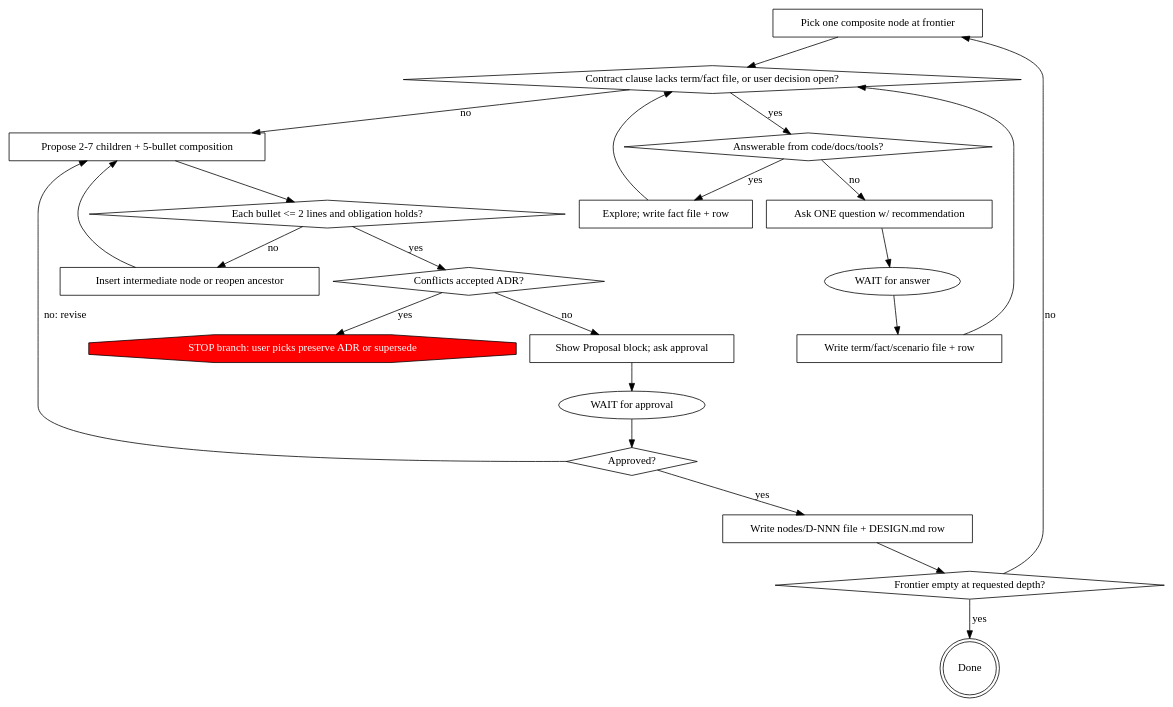
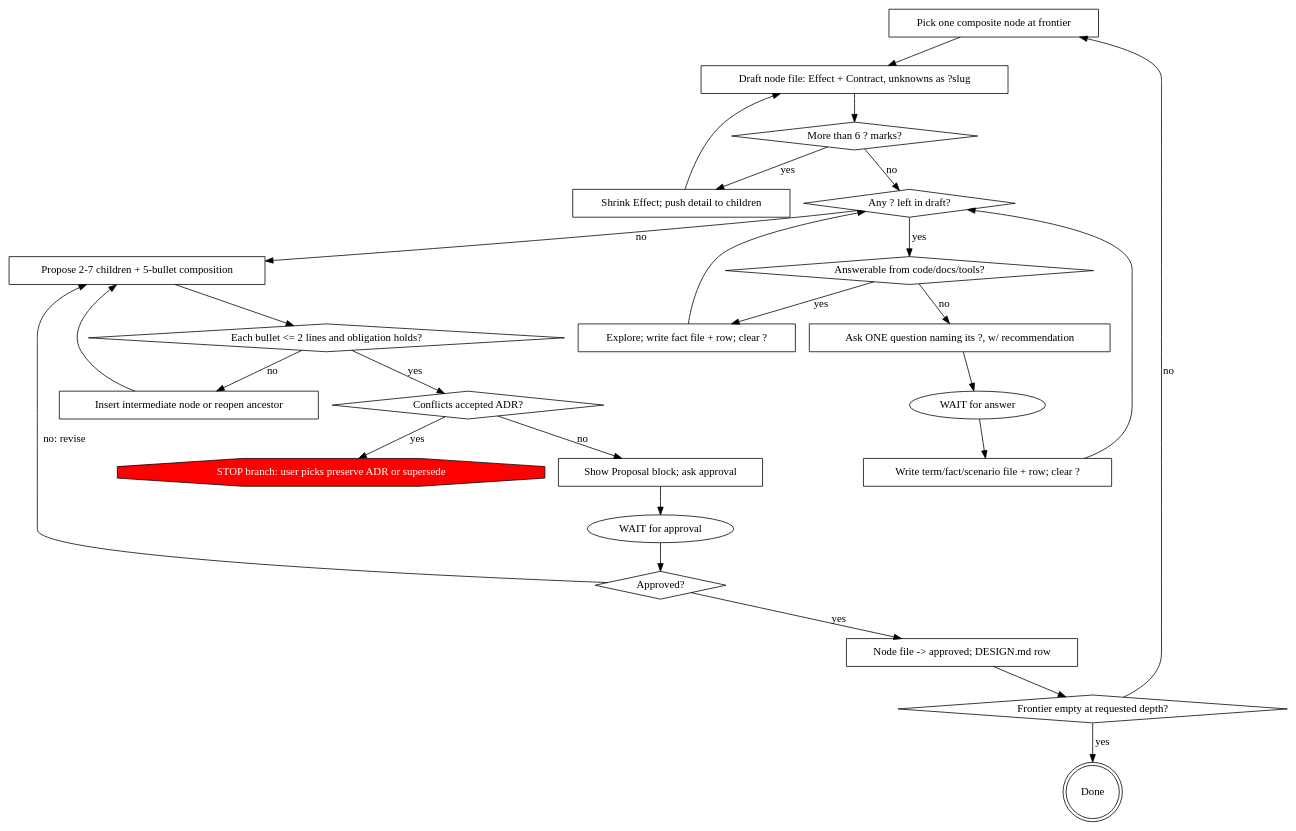
The diagram in constructing-software-stepwise/skills/constructing-software-stepwise/SKILL.md (HollandDM/my-skills), drawn with Graphviz before and after one commit. The commit also changed other lines of this file and 2 other files, not shown here.

````diff
--- a/constructing-software-stepwise/skills/constructing-software-stepwise/SKILL.md
+++ b/constructing-software-stepwise/skills/constructing-software-stepwise/SKILL.md
@@ -69,45 +72,52 @@
 ```dot
 digraph refine {
     "Pick one composite node at frontier" [shape=box];
-    "Contract clause lacks term/fact file, or user decision open?" [shape=diamond];
+    "Draft node file: Effect + Contract, unknowns as ?slug" [shape=box];
+    "More than 6 ? marks?" [shape=diamond];
+    "Shrink Effect; push detail to children" [shape=box];
+    "Any ? left in draft?" [shape=diamond];
     "Answerable from code/docs/tools?" [shape=diamond];
-    "Explore; write fact file + row" [shape=box];
-    "Ask ONE question w/ recommendation" [shape=box];
+    "Explore; write fact file + row; clear ?" [shape=box];
+    "Ask ONE question naming its ?, w/ recommendation" [shape=box];
     "WAIT for answer" [shape=ellipse];
-    "Write term/fact/scenario file + row" [shape=box];
+    "Write term/fact/scenario file + row; clear ?" [shape=box];
     "Propose 2-7 children + 5-bullet composition" [shape=box];
     "Each bullet <= 2 lines and obligation holds?" [shape=diamond];
     "Insert intermediate node or reopen ancestor" [shape=box];
     "Conflicts accepted ADR?" [shape=diamond];
     "STOP branch: user picks preserve ADR or supersede" [shape=octagon, style=filled, fillcolor=red, fontcolor=white];
     "Show Proposal block; ask approval" [shape=box];
     "WAIT for approval" [shape=ellipse];
     "Approved?" [shape=diamond];
-    "Write nodes/D-NNN file + DESIGN.md row" [shape=box];
+    "Node file -> approved; DESIGN.md row" [shape=box];
     "Frontier empty at requested depth?" [shape=diamond];
     "Done" [shape=doublecircle];
 
-    "Pick one composite node at frontier" -> "Contract clause lacks term/fact file, or user decision open?";
-    "Contract clause lacks term/fact file, or user decision open?" -> "Answerable from code/docs/tools?" [label="yes"];
-    "Answerable from code/docs/tools?" -> "Explore; write fact file + row" [label="yes"];
-    "Explore; write fact file + row" -> "Contract clause lacks term/fact file, or user decision open?";
-    "Answerable from code/docs/tools?" -> "Ask ONE question w/ recommendation" [label="no"];
-    "Ask ONE question w/ recommendation" -> "WAIT for answer";
-    "WAIT for answer" -> "Write term/fact/scenario file + row";
-    "Write term/fact/scenario file + row" -> "Contract clause lacks term/fact file, or user decision open?";
-    "Contract clause lacks term/fact file, or user decision open?" -> "Propose 2-7 children + 5-bullet composition" [label="no"];
+    "Pick one composite node at frontier" -> "Draft node file: Effect + Contract, unknowns as ?slug";
+    "Draft node file: Effect + Contract, unknowns as ?slug" -> "More than 6 ? marks?";
+    "More than 6 ? marks?" -> "Shrink Effect; push detail to children" [label="yes"];
+    "Shrink Effect; push detail to children" -> "Draft node file: Effect + Contract, unknowns as ?slug";
+    "More than 6 ? marks?" -> "Any ? left in draft?" [label="no"];
+    "Any ? left in draft?" -> "Answerable from code/docs/tools?" [label="yes"];
+    "Answerable from code/docs/tools?" -> "Explore; write fact file + row; clear ?" [label="yes"];
+    "Explore; write fact file + row; clear ?" -> "Any ? left in draft?";
+    "Answerable from code/docs/tools?" -> "Ask ONE question naming its ?, w/ recommendation" [label="no"];
+    "Ask ONE question naming its ?, w/ recommendation" -> "WAIT for answer";
+    "WAIT for answer" -> "Write term/fact/scenario file + row; clear ?";
+    "Write term/fact/scenario file + row; clear ?" -> "Any ? left in draft?";
+    "Any ? left in draft?" -> "Propose 2-7 children + 5-bullet composition" [label="no"];
     "Propose 2-7 children + 5-bullet composition" -> "Each bullet <= 2 lines and obligation holds?";
     "Each bullet <= 2 lines and obligation holds?" -> "Insert intermediate node or reopen ancestor" [label="no"];
     "Insert intermediate node or reopen ancestor" -> "Propose 2-7 children + 5-bullet composition";
     "Each bullet <= 2 lines and obligation holds?" -> "Conflicts accepted ADR?" [label="yes"];
     "Conflicts accepted ADR?" -> "STOP branch: user picks preserve ADR or supersede" [label="yes"];
     "Conflicts accepted ADR?" -> "Show Proposal block; ask approval" [label="no"];
     "Show Proposal block; ask approval" -> "WAIT for approval";
     "WAIT for approval" -> "Approved?";
     "Approved?" -> "Propose 2-7 children + 5-bullet composition" [label="no: revise"];
-    "Approved?" -> "Write nodes/D-NNN file + DESIGN.md row" [label="yes"];
-    "Write nodes/D-NNN file + DESIGN.md row" -> "Frontier empty at requested depth?";
+    "Approved?" -> "Node file -> approved; DESIGN.md row" [label="yes"];
+    "Node file -> approved; DESIGN.md row" -> "Frontier empty at requested depth?";
     "Frontier empty at requested depth?" -> "Done" [label="yes"];
     "Frontier empty at requested depth?" -> "Pick one composite node at frontier" [label="no"];
 }
 ```
````
